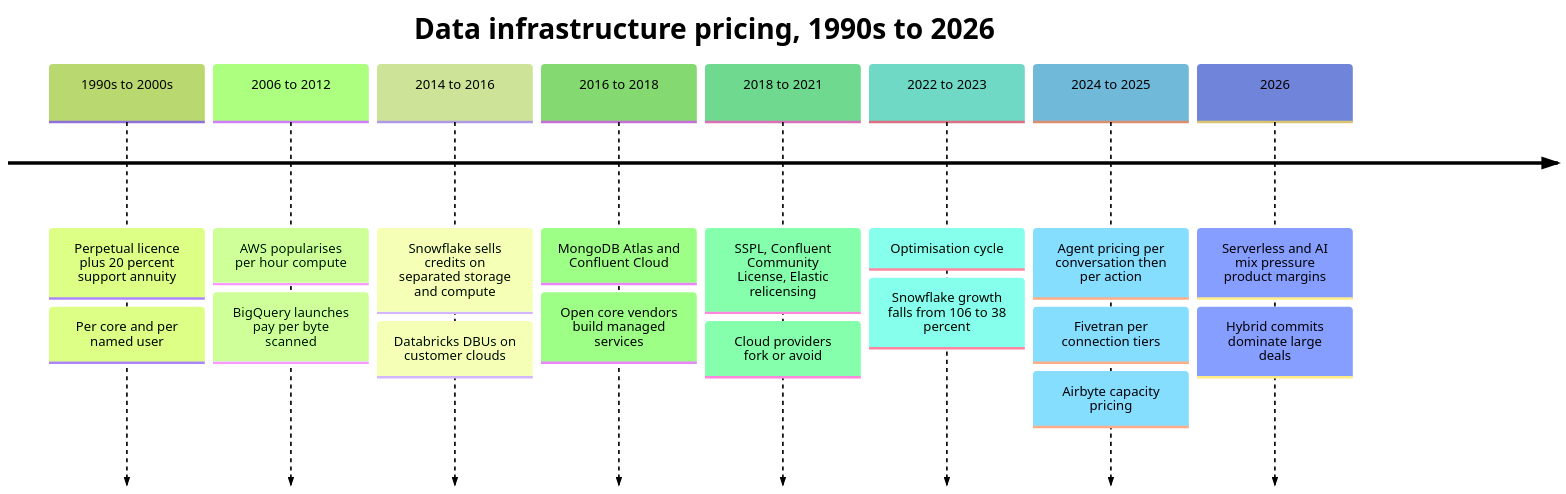
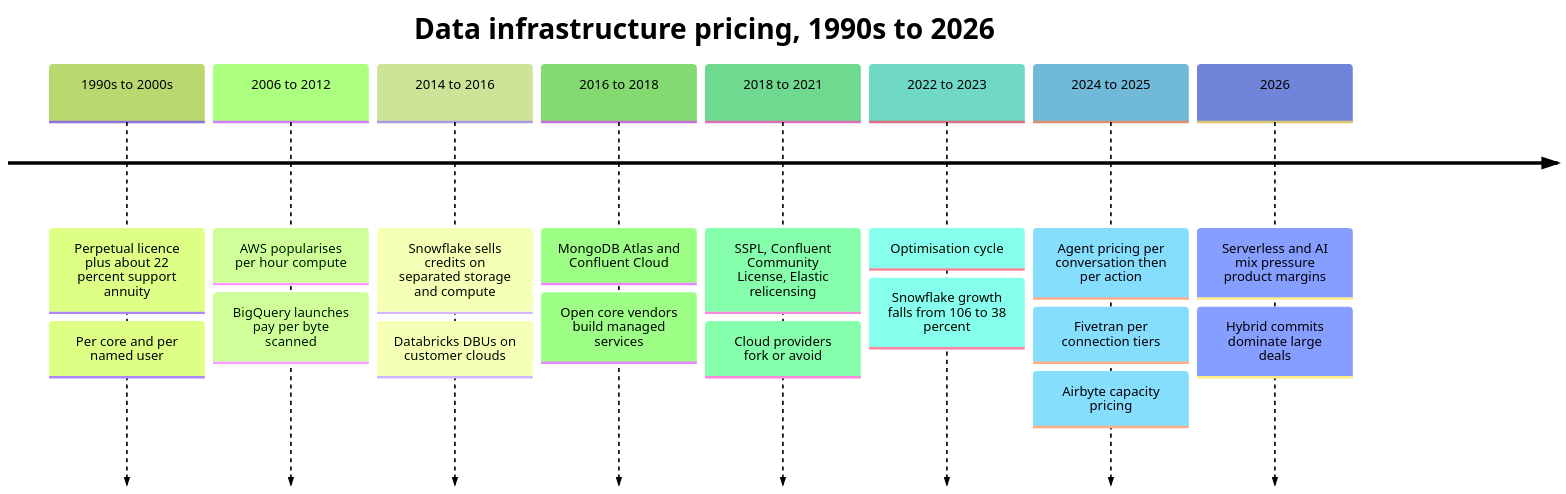
The third of 3 diagrams in docs/05-business-and-economics/ch35-business-models.md (FrankHuang94/data_tech_db_claude), drawn with Mermaid (forest theme) before and after one commit. The commit also changed other lines of this file and 16 other files, not shown here.

````diff
--- a/docs/05-business-and-economics/ch35-business-models.md
+++ b/docs/05-business-and-economics/ch35-business-models.md
@@ -186,12 +186,12 @@
 ```mermaid
 timeline
     title Data infrastructure pricing, 1990s to 2026
-    1990s to 2000s : Perpetual licence plus 20 percent support annuity : Per core and per named user
+    1990s to 2000s : Perpetual licence plus about 22 percent support annuity : Per core and per named user
     2006 to 2012 : AWS popularises per hour compute : BigQuery launches pay per byte scanned
     2014 to 2016 : Snowflake sells credits on separated storage and compute : Databricks DBUs on customer clouds
     2016 to 2018 : MongoDB Atlas and Confluent Cloud : Open core vendors build managed services
     2018 to 2021 : SSPL, Confluent Community License, Elastic relicensing : Cloud providers fork or avoid
     2022 to 2023 : Optimisation cycle : Snowflake growth falls from 106 to 38 percent
     2024 to 2025 : Agent pricing per conversation then per action : Fivetran per connection tiers : Airbyte capacity pricing
     2026 : Serverless and AI mix pressure product margins : Hybrid commits dominate large deals
 ```
````
